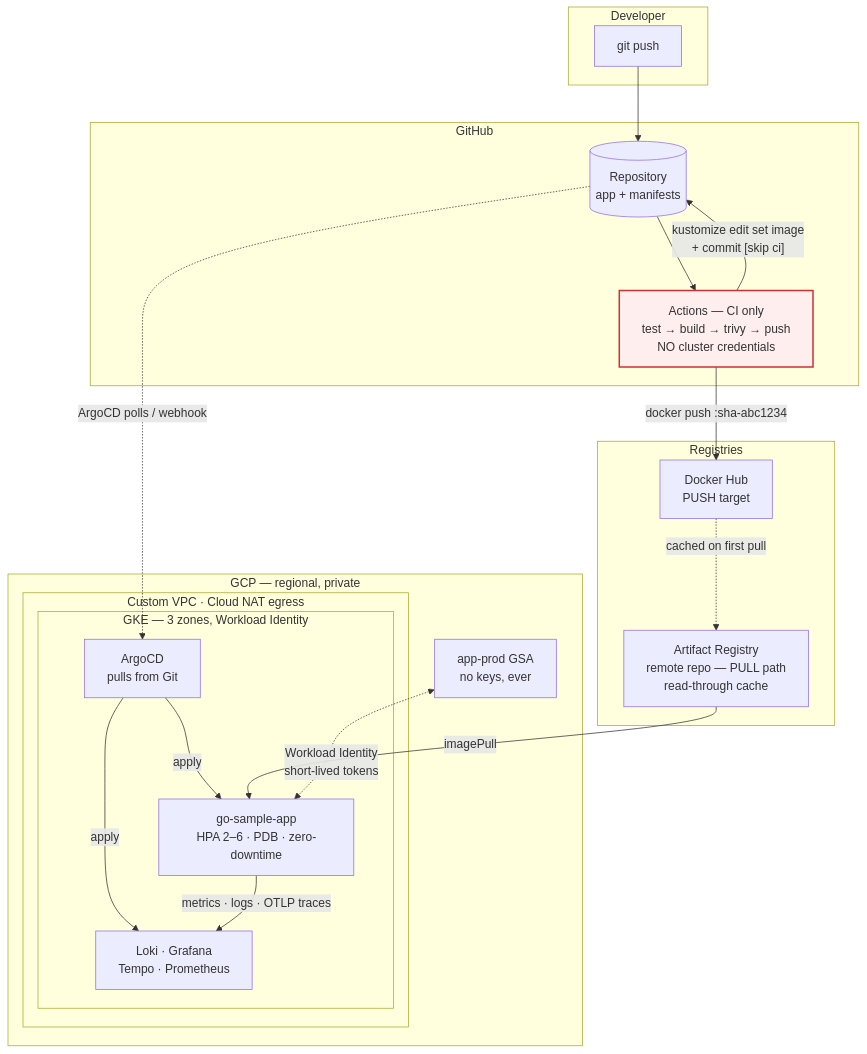
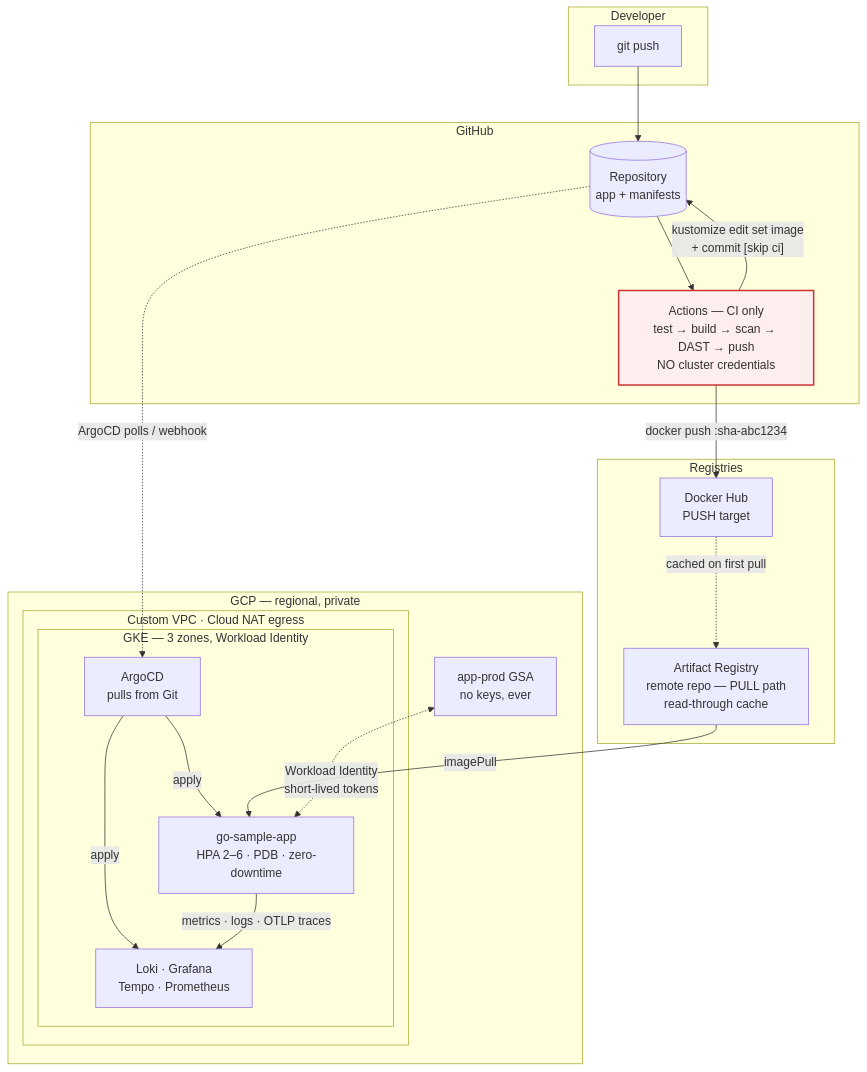
Before and after one commit to peacedwk55/go-gke-demo: the diagram in README.md, drawn with Mermaid. The commit also changed other lines of this file and 8 other files, not shown here.

````diff
--- a/README.md
+++ b/README.md
@@ -14,42 +14,42 @@
 ```mermaid
 flowchart TB
     subgraph dev["Developer"]
         D["git push"]
     end
 
     subgraph gh["GitHub"]
         R[("Repository<br/>app + manifests")]
-        CI["Actions — CI only<br/>test → build → trivy → push<br/>NO cluster credentials"]
+        CI["Actions — CI only<br/>test → build → scan → DAST → push<br/>NO cluster credentials"]
     end
 
     subgraph reg["Registries"]
         DH["Docker Hub<br/>PUSH target"]
         AR["Artifact Registry<br/>remote repo — PULL path<br/>read-through cache"]
     end
 
     subgraph gcp["GCP — regional, private"]
         subgraph vpc["Custom VPC · Cloud NAT egress"]
             subgraph k8s["GKE — 3 zones, Workload Identity"]
                 ACD["ArgoCD<br/>pulls from Git"]
                 APP["go-sample-app<br/>HPA 2–6 · PDB · zero-downtime"]
                 LGTM["Loki · Grafana<br/>Tempo · Prometheus"]
             end
         end
         GSA["app-prod GSA<br/>no keys, ever"]
     end
 
     D --> R
     R --> CI
     CI -->|"docker push :sha-abc1234"| DH
     CI -->|"kustomize edit set image<br/>+ commit [skip ci]"| R
     R -.->|"ArgoCD polls / webhook"| ACD
     ACD -->|"apply"| APP
     ACD -->|"apply"| LGTM
     DH -.->|"cached on first pull"| AR
     AR -->|"imagePull"| APP
     APP -->|"metrics · logs · OTLP traces"| LGTM
     GSA <-.->|"Workload Identity<br/>short-lived tokens"| APP
 
     classDef nocred fill:#fee,stroke:#c33,stroke-width:2px
     class CI nocred
 ```
````
